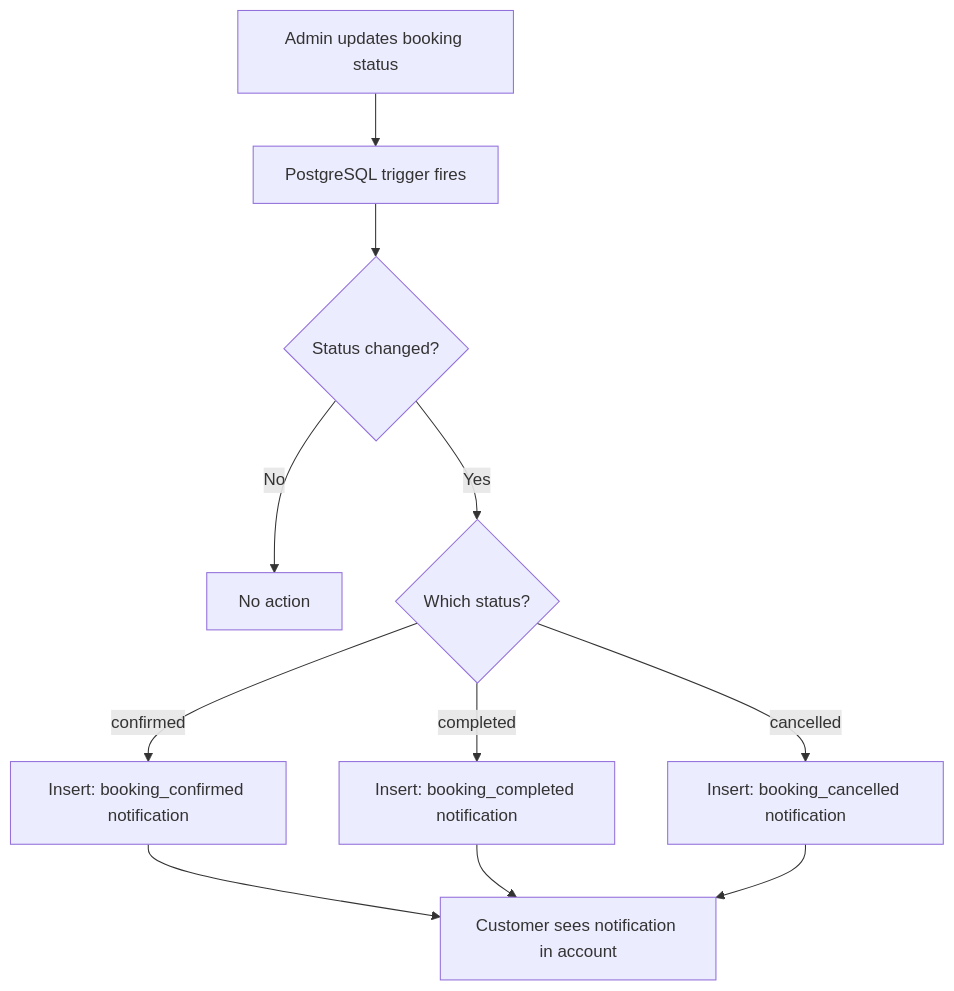
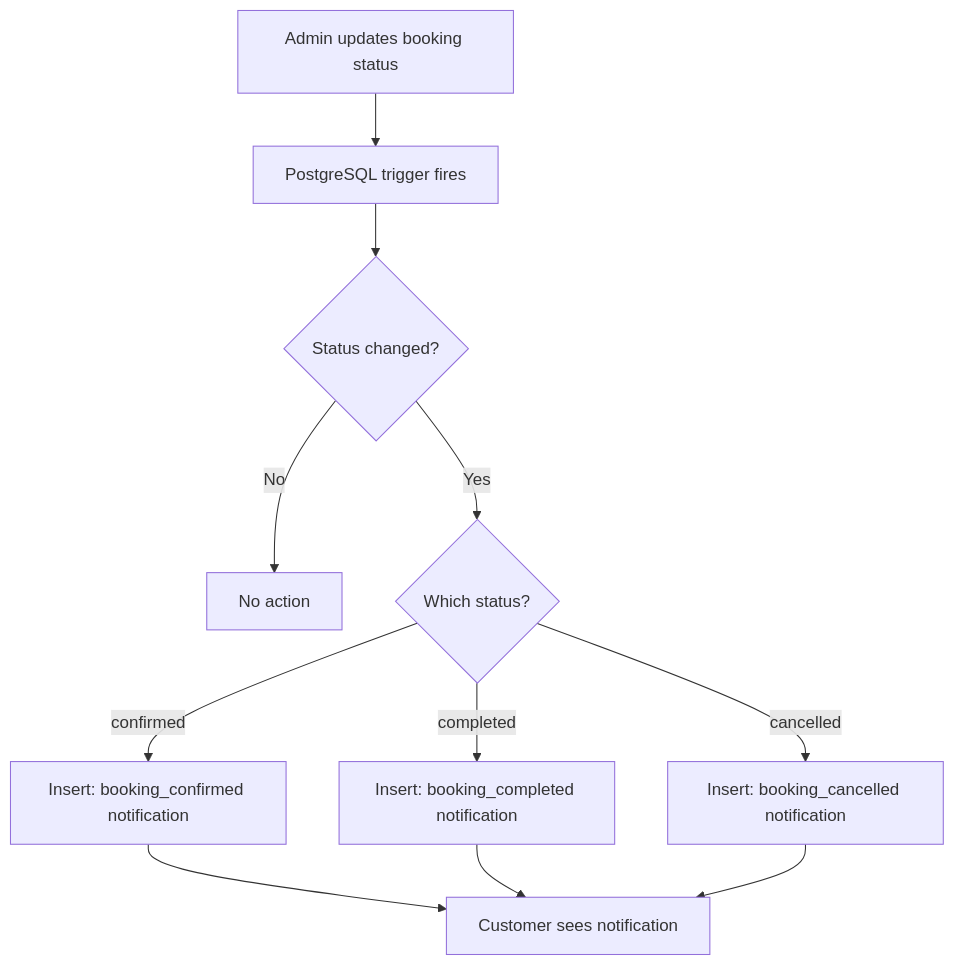
Diagram 12 of 17 in README.md (anyatechserv/puremaids), drawn with Mermaid before and after one commit. The commit also changed other lines of this file and 63 other files, not shown here.

````diff
--- a/README.md
+++ b/README.md
@@ -969,13 +862,13 @@
 ```mermaid
 flowchart TD
     A[Admin updates booking status] --> B[PostgreSQL trigger fires]
     B --> C{Status changed?}
     C -->|No| D[No action]
     C -->|Yes| E{Which status?}
     E -->|confirmed| F[Insert: booking_confirmed notification]
     E -->|completed| G[Insert: booking_completed notification]
     E -->|cancelled| H[Insert: booking_cancelled notification]
-    F --> I[Customer sees notification in account]
+    F --> I[Customer sees notification]
     G --> I
     H --> I
 ```
````
